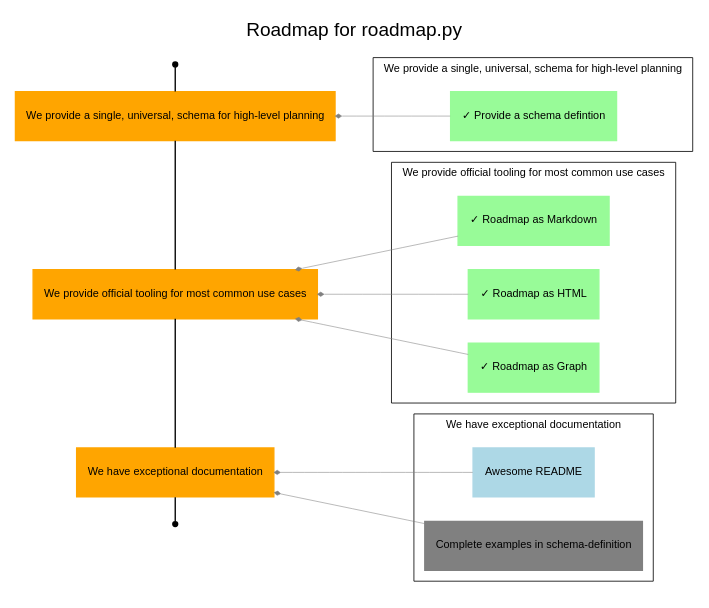
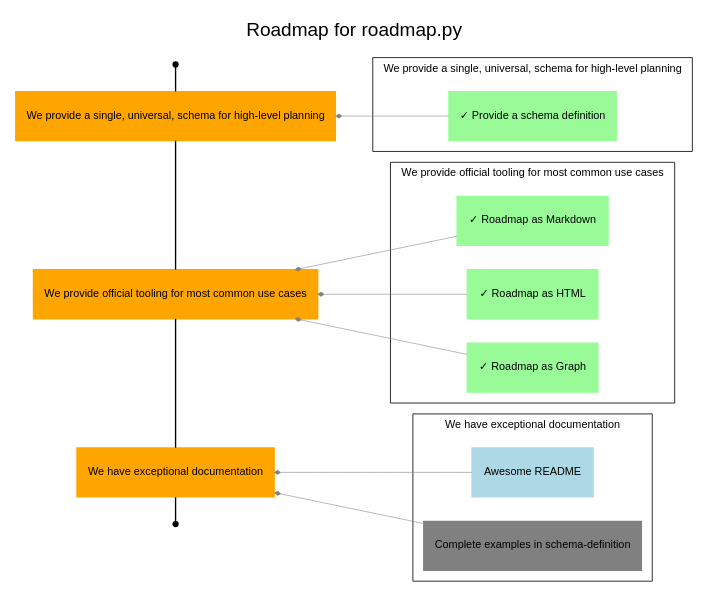
Before and after one commit to uroflavin/roadmap: the diagram in roadmap/roadmap.dot, drawn with Graphviz. The commit also changed 19 other files, not shown here.

```diff
--- a/roadmap/roadmap.dot
+++ b/roadmap/roadmap.dot
@@ -1,132 +1,132 @@
 digraph Roadmap {
   rankdir=RL;
   label="Roadmap for roadmap.py"
   tooltip="This is the planning roadmap for the [uroflavin/roadmap](https://github.com/uroflavin/roadmap) project. 
 It acts as both the plan for implementing this tool as well as a demonstration of what a roadmap might look like.
 
 One good example is this roadmap itself. 
 What to-do and what is already done to implement roadmap.py can you see in this picture.
 
 ![Roadmap Objectives and Keyresults, rendered from roadmap.yml](roadmap.dot.png)
 
 One of the things you'll immediately notice about this file is that it uses *Markdown* for formatting of text and is designed around a structured YAML schema. 
 The goal is to make this as easy as possible for humans to read and reason about, while also enabling powerful visualizations to be generated based on the content.
 ";
   fontname="Arial";
   labelloc="t";
 
   node[style="filled",shape="rectangle",color="orange",fontname="Arial",fontsize=8];
   edge[weight=1,group="milestones",arrowhead="none"];
 
   {
 	rank=same;
 
 	start[label="Start",shape="point",color="",tooltip="This is the start of your roadmap."];
     end[label="End",shape="point",color="",tooltip="This is the end of your roadmap."];
     
     
     
     o1 [label="We provide a single, universal, schema for high-level planning",tooltip="The goal of this project is, primarily, to provide a single schema that can be used by different teams to describe the work they are doing and their future intentions. 
 The usefulness and applicability of this schema to real-world problem domains will determine whether anything else we do here is of value.
 "];
         
             "start" -> o1;
         
     
     o2 [label="We provide official tooling for most common use cases",tooltip="While the goal of having a single unified schema for planning is that it enables the development of tools that automate various aspects of planning, most teams are not going to adopt this if the fundamentals aren't already solved for them. 
 This includes things like being able to visualize your road map in common formats, validating it against the schema etc.
 "];
         
              
             o1 -> o2;
         
     
     o3 [label="We have exceptional documentation",tooltip="Adoption of something intended to make planning easier is only going to be successful if it is easy to use, and a critical part of that is great documentation. 
 Our goal is that someone with no familiarity with our tooling can ramp up and have an initial road map ready for use within only a few minutes.
 "];
         
              
             o2 -> o3;
         
             o3 -> "end" ;
         }
   node[color="grey"];
   edge[weight=5,color="grey",penwidth=0.4,arrowsize=0.4,group="dependencies",arrowhead="diamond"];
 
   
     
     
          
         subgraph cluster_o1 {
             label="We provide a single, universal, schema for high-level planning";
             tooltip="The goal of this project is, primarily, to provide a single schema that can be used by different teams to describe the work they are doing and their future intentions. 
 The usefulness and applicability of this schema to real-world problem domains will determine whether anything else we do here is of value.
 ";
             fontsize=8;
             penwidth=0.6;
             
                 
                 
                     
-                o1_r1 [label="✓ Provide a schema defintion",tooltip="Develop a schema that fulfills the main requirements of the objective",color="palegreen"];
+                o1_r1 [label="✓ Provide a schema definition",tooltip="Develop a schema that fulfills the main requirements of the objective",color="palegreen"];
                 o1_r1 -> o1;
             }
     
     
     
          
         subgraph cluster_o2 {
             label="We provide official tooling for most common use cases";
             tooltip="While the goal of having a single unified schema for planning is that it enables the development of tools that automate various aspects of planning, most teams are not going to adopt this if the fundamentals aren't already solved for them. 
 This includes things like being able to visualize your road map in common formats, validating it against the schema etc.
 ";
             fontsize=8;
             penwidth=0.6;
             
                 
                 
                     
                 o2_r1 [label="✓ Roadmap as Markdown",tooltip="We should be able to generate some markdown out of roadmap.yml
 ",color="palegreen"];
                 o2_r1 -> o2;
             
                 
                 
                     
                 o2_r2 [label="✓ Roadmap as HTML",tooltip="We should be able to generate some html out of roadmap.yml
 ",color="palegreen"];
                 o2_r2 -> o2;
             
                 
                 
                     
                 o2_r3 [label="✓ Roadmap as Graph",tooltip="We should be able to generate some dot out of roadmap.yml
 ",color="palegreen"];
                 o2_r3 -> o2;
             }
     
     
     
          
         subgraph cluster_o3 {
             label="We have exceptional documentation";
             tooltip="Adoption of something intended to make planning easier is only going to be successful if it is easy to use, and a critical part of that is great documentation. 
 Our goal is that someone with no familiarity with our tooling can ramp up and have an initial road map ready for use within only a few minutes.
 ";
             fontsize=8;
             penwidth=0.6;
             
                 
                 
                     
                 o3_r1 [label="Awesome README",tooltip="We need to complete our README explaining the purpose of this project and giving some basic examples of its use.
 ",color="lightblue"];
                 o3_r1 -> o3;
             
                 
                 
                     
                 o3_r2 [label="Complete examples in schema-definition",tooltip="Complete the examples so that every user of the schema is able to find suitable examples for their specific use cases",color="grey"];
                 o3_r2 -> o3;
             }
     }
```
